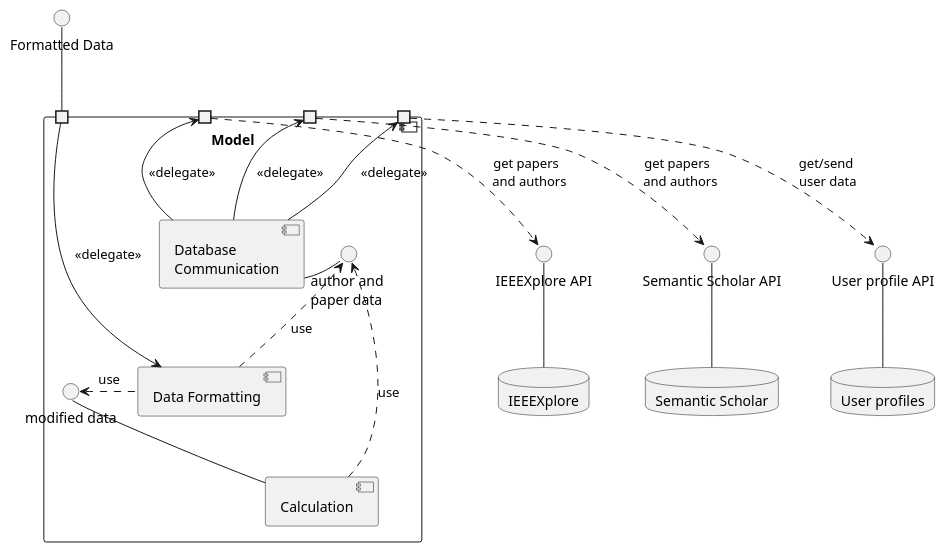
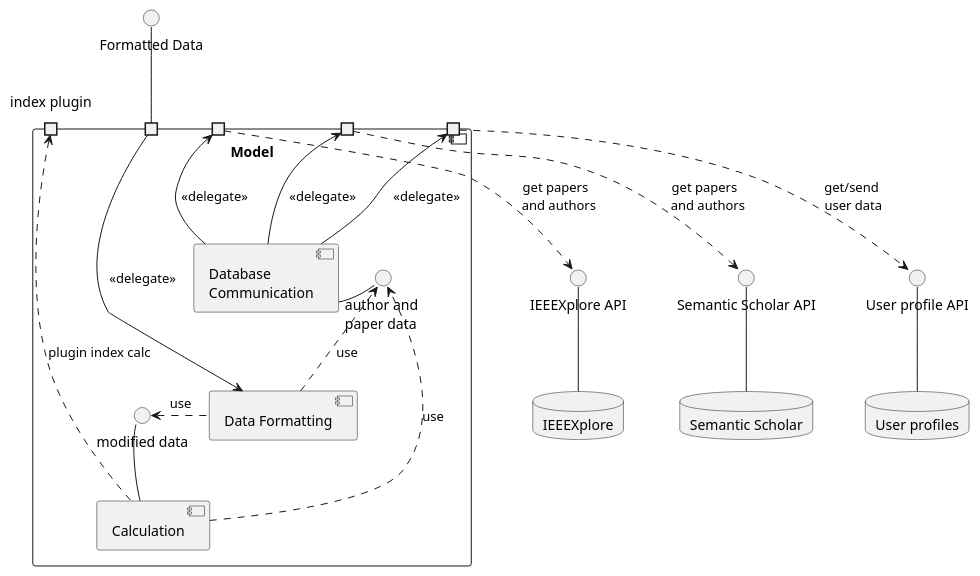
The diagram in docs/uml/Model.puml (pablo-schmeiser/Scholarizer), drawn with PlantUML before and after one commit.

Commit message:
added required interface for index plugin functionality

```diff
--- a/docs/uml/Model.puml
+++ b/docs/uml/Model.puml
@@ -4,56 +4,60 @@
 @startuml
 
 Component Model {
     Component "Database \nCommunication" as DBC
     Component "Calculation" as C
     Component "Data Formatting" as DF
 
     () "modified data" as MF
     () "author and \npaper data" as APD
 
     port " " as fd
+    'interface to add new indices
+    portin "index plugin" as iplug
     portin " " as iapi
     portin " " as sapi
     portin " " as uapi
 }
 
 Database IEEEXplore as IEEE
 Database "User profiles" as UP
 Database "Semantic Scholar" as SS
 
 () "IEEEXplore API" as IAPI
 () "Semantic Scholar API" as SAPI
 () "User profile API" as UAPI
 () "Formatted Data" as FD
 
 'provided Interfaces
 fd -up- FD
 IEEE -up- IAPI
 UP -up- UAPI
 SS -up- SAPI
 DBC -left- APD
 C -up- MF
 
 'ports
 DF <- fd : <<delegate>>
 DBC -> iapi : <<delegate>>
 DBC -> sapi : <<delegate>>
 DBC -> uapi : <<delegate>>
 
 'required Interfaces
 iapi .down.> IAPI : get papers \n and authors
 sapi .down.> SAPI : get papers \n and authors
 uapi .down.> UAPI : get/send \nuser data
 C .right.> APD : use
+C .up.> iplug: plugin index calc
 DF .left.> MF : use
 DF ..> APD : use
+
 
 'formatting
 DBC -[hidden]down- DF
 DBC -[hidden]down- C
 DBC -[hidden]left- APD
 C -[hidden]down- MF
 DF -[hidden]right- MF
 C -[hidden]right- APD
 
 @enduml
```
